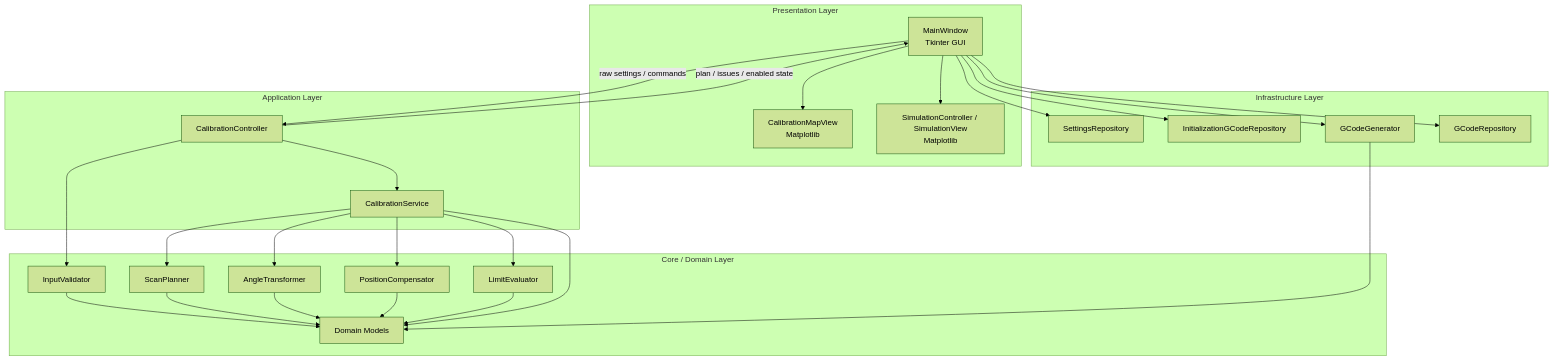
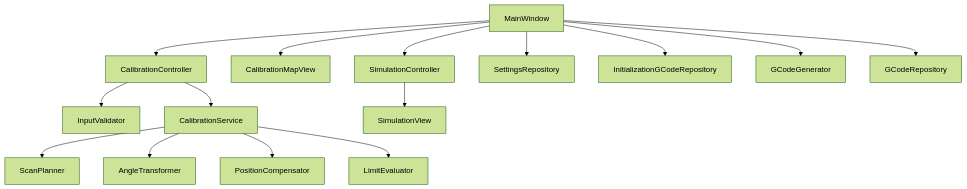
Before and after one commit to Pakfat50/FiveHolePitotTubeCalibration: the ninth of 12 diagrams in docs/architecture_design.md, drawn with Mermaid (forest theme). The commit also changed other lines of this file, not shown here.

Commit message:
docs: split internal diagram into call tree and data flow

````diff
--- a/docs/architecture_design.md
+++ b/docs/architecture_design.md
@@ -435,53 +389,35 @@
 ```mermaid
 flowchart TB
-    subgraph Presentation[Presentation Layer]
-        GUI[MainWindow<br/>Tkinter GUI]
-        Map[CalibrationMapView<br/>Matplotlib]
-        Sim[SimulationController / SimulationView<br/>Matplotlib]
-    end
+    Main[MainWindow]
+    Controller[CalibrationController]
+    Validator[InputValidator]
+    Service[CalibrationService]
+    Scan[ScanPlanner]
+    Transform[AngleTransformer]
+    Position[PositionCompensator]
+    Limit[LimitEvaluator]
+    Map[CalibrationMapView]
+    SimCtrl[SimulationController]
+    SimView[SimulationView]
+    SettingsRepo[SettingsRepository]
+    InitRepo[InitializationGCodeRepository]
+    Generator[GCodeGenerator]
+    GCodeRepo[GCodeRepository]
 
-    subgraph Application[Application Layer]
-        Controller[CalibrationController]
-        Service[CalibrationService]
-    end
-
-    subgraph Core[Core / Domain Layer]
-        Validator[InputValidator]
-        Scan[ScanPlanner]
-        Transform[AngleTransformer]
-        Position[PositionCompensator]
-        Limit[LimitEvaluator]
-        Models[Domain Models]
-    end
-
-    subgraph Infrastructure[Infrastructure Layer]
-        SettingsIO[SettingsRepository]
-        InitIO[InitializationGCodeRepository]
-        GGen[GCodeGenerator]
-        GIO[GCodeRepository]
-    end
-
-    GUI -->|raw settings / commands| Controller
+    Main --> Controller
     Controller --> Validator
     Controller --> Service
     Service --> Scan
     Service --> Transform
     Service --> Position
     Service --> Limit
 
-    Validator --> Models
-    Scan --> Models
-    Transform --> Models
-    Position --> Models
-    Limit --> Models
-    Service --> Models
+    Main --> Map
+    Main --> SimCtrl
+    SimCtrl --> SimView
 
-    Controller -->|plan / issues / enabled state| GUI
-    GUI --> Map
-    GUI --> Sim
-    GUI --> SettingsIO
-    GUI --> InitIO
-    GUI --> GGen
-    GGen --> Models
-    GUI --> GIO
+    Main --> SettingsRepo
+    Main --> InitRepo
+    Main --> Generator
+    Main --> GCodeRepo
 ```
````
